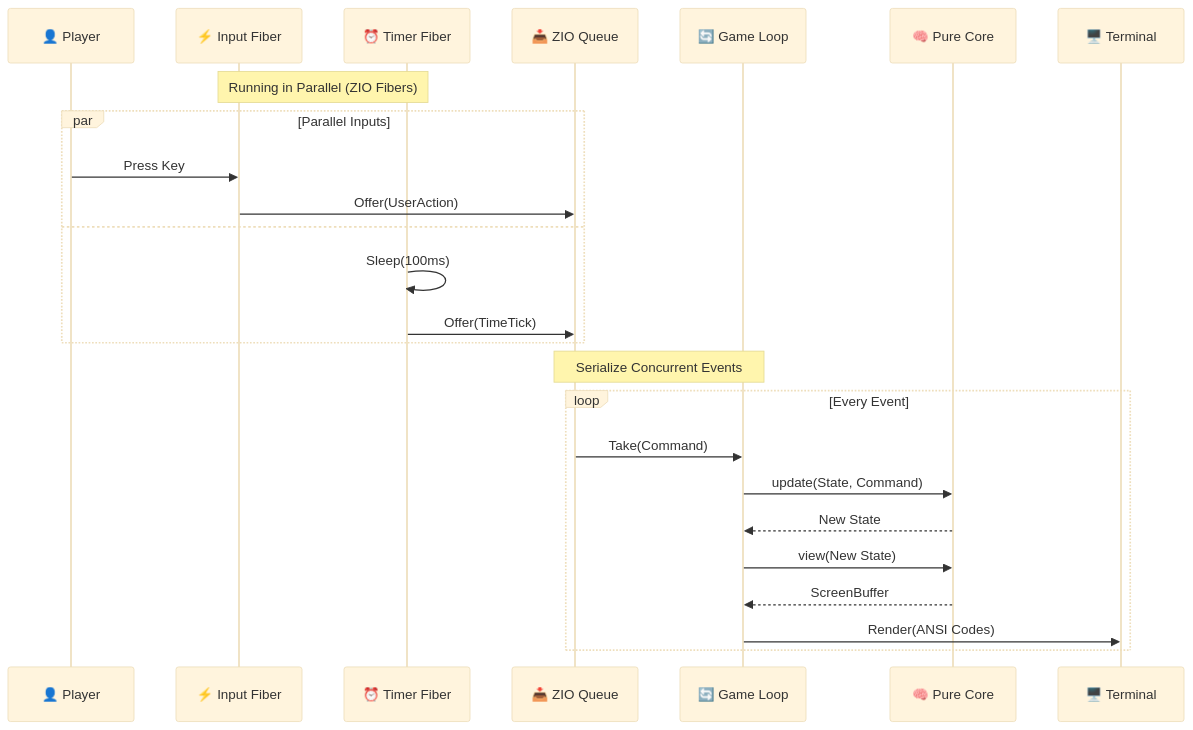
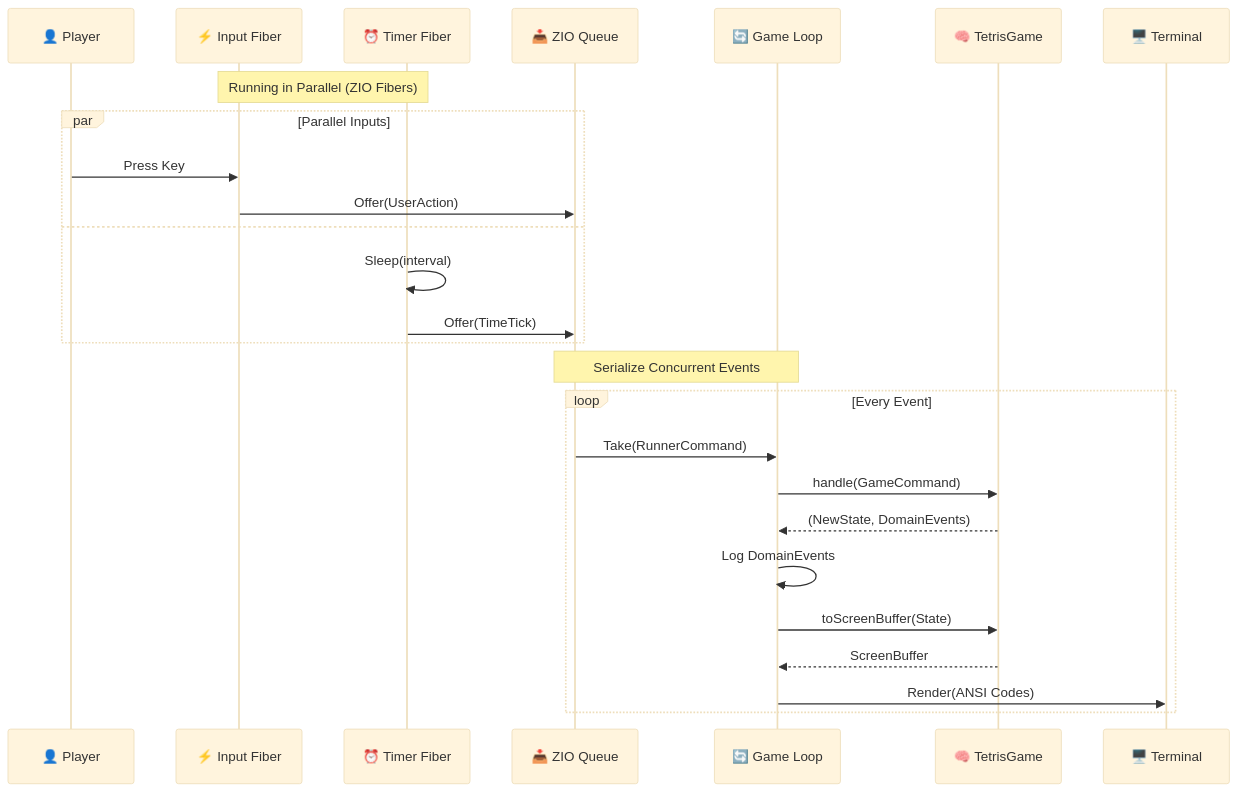
The third of 3 diagrams in README.md (fffclaypool/monadris), drawn with Mermaid (base theme) before and after one commit. The commit also changed other lines of this file and 40 other files, not shown here.

First line of the commit message:
refactor: migrate to Functional DDD architecture

````diff
--- a/README.md
+++ b/README.md
@@ -107,31 +116,32 @@
 ```mermaid
 sequenceDiagram
     participant User as 👤 Player
     participant Input as ⚡ Input Fiber
     participant Timer as ⏰ Timer Fiber
     participant Queue as 📥 ZIO Queue
     participant GameLoop as 🔄 Game Loop
-    participant Core as 🧠 Pure Core
+    participant TetrisGame as 🧠 TetrisGame
     participant Screen as 🖥️ Terminal
 
     Note over Input, Timer: Running in Parallel (ZIO Fibers)
 
     par Parallel Inputs
         User->>Input: Press Key
         Input->>Queue: Offer(UserAction)
     and
-        Timer->>Timer: Sleep(100ms)
+        Timer->>Timer: Sleep(interval)
         Timer->>Queue: Offer(TimeTick)
     end
 
     Note over Queue, GameLoop: Serialize Concurrent Events
 
     loop Every Event
-        Queue->>GameLoop: Take(Command)
-        GameLoop->>Core: update(State, Command)
-        Core-->>GameLoop: New State
-        GameLoop->>Core: view(New State)
-        Core-->>GameLoop: ScreenBuffer
+        Queue->>GameLoop: Take(RunnerCommand)
+        GameLoop->>TetrisGame: handle(GameCommand)
+        TetrisGame-->>GameLoop: (NewState, DomainEvents)
+        GameLoop->>GameLoop: Log DomainEvents
+        GameLoop->>TetrisGame: toScreenBuffer(State)
+        TetrisGame-->>GameLoop: ScreenBuffer
         GameLoop->>Screen: Render(ANSI Codes)
     end
 ```
````
